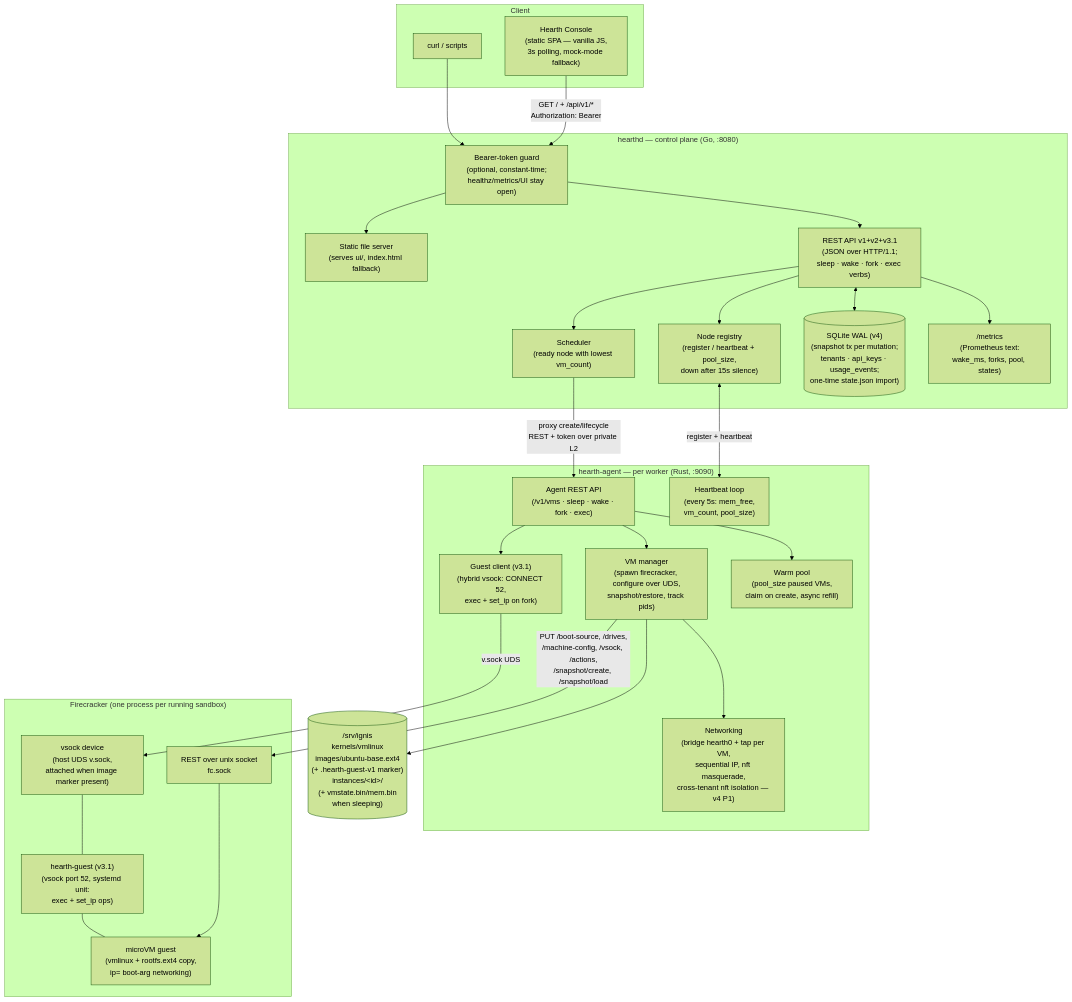
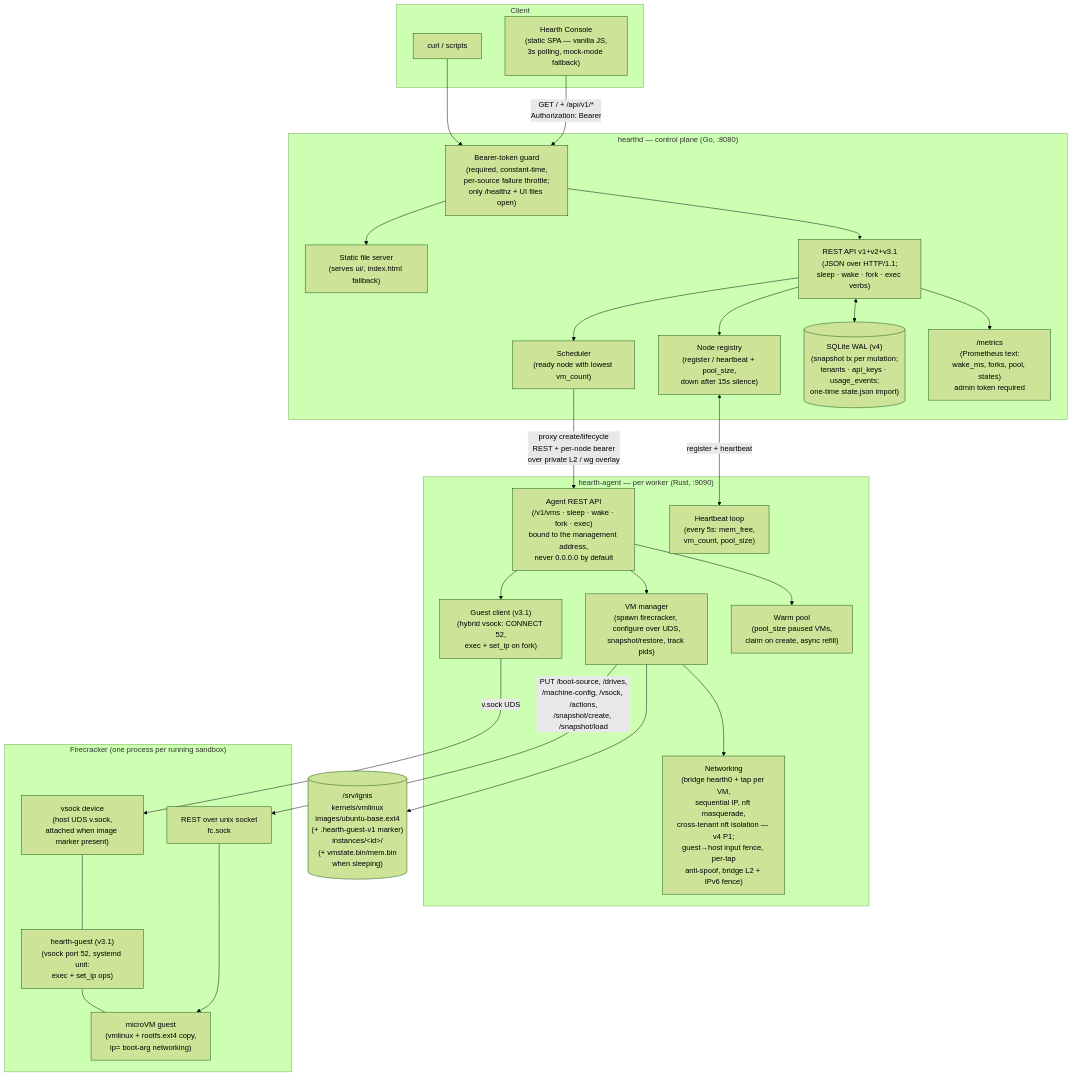
One commit to Sodoko-dev/felucca changed the first of 11 diagrams in docs/ARCHITECTURE.md. Above: the diagram before and after it, drawn with Mermaid (forest theme). The commit also changed other lines of this file and 109 other files, not shown here.

````diff
--- a/docs/ARCHITECTURE.md
+++ b/docs/ARCHITECTURE.md
@@ -27,56 +27,56 @@
 ```mermaid
 flowchart TB
     subgraph client["Client"]
         UI["Hearth Console<br/>(static SPA — vanilla JS,<br/>3s polling, mock-mode fallback)"]
         CLI["curl / scripts"]
     end
 
     subgraph hearthd["hearthd — control plane (Go, :8080)"]
-        AUTH["Bearer-token guard<br/>(optional, constant-time;<br/>healthz/metrics/UI stay open)"]
+        AUTH["Bearer-token guard<br/>(required, constant-time,<br/>per-source failure throttle;<br/>only /healthz + UI files open)"]
         STATIC["Static file server<br/>(serves ui/, index.html fallback)"]
         API["REST API v1+v2+v3.1<br/>(JSON over HTTP/1.1;<br/>sleep · wake · fork · exec verbs)"]
         SCHED["Scheduler<br/>(ready node with lowest vm_count)"]
         REG["Node registry<br/>(register / heartbeat + pool_size,<br/>down after 15s silence)"]
         STATE[("SQLite WAL (v4)<br/>(snapshot tx per mutation;<br/>tenants · api_keys · usage_events;<br/>one-time state.json import)")]
-        METRICS["/metrics<br/>(Prometheus text:<br/>wake_ms, forks, pool, states)"]
+        METRICS["/metrics<br/>(Prometheus text:<br/>wake_ms, forks, pool, states)<br/>admin token required"]
     end
 
     subgraph agent["hearth-agent — per worker (Rust, :9090)"]
-        AAPI["Agent REST API<br/>(/v1/vms · sleep · wake · fork · exec)"]
+        AAPI["Agent REST API<br/>(/v1/vms · sleep · wake · fork · exec)<br/>bound to the management address,<br/>never 0.0.0.0 by default"]
         VMM["VM manager<br/>(spawn firecracker, configure over UDS,<br/>snapshot/restore, track pids)"]
         GC["Guest client (v3.1)<br/>(hybrid vsock: CONNECT 52,<br/>exec + set_ip on fork)"]
         POOL["Warm pool<br/>(pool_size paused VMs,<br/>claim on create, async refill)"]
-        NET["Networking<br/>(bridge hearth0 + tap per VM,<br/>sequential IP, nft masquerade,<br/>cross-tenant nft isolation — v4 P1)"]
+        NET["Networking<br/>(bridge hearth0 + tap per VM,<br/>sequential IP, nft masquerade,<br/>cross-tenant nft isolation — v4 P1;<br/>guest→host input fence, per-tap<br/>anti-spoof, bridge L2 + IPv6 fence)"]
         HB["Heartbeat loop<br/>(every 5s: mem_free,<br/>vm_count, pool_size)"]
     end
 
     subgraph fc["Firecracker (one process per running sandbox)"]
         FCAPI["REST over unix socket<br/>fc.sock"]
         VSOCK["vsock device<br/>(host UDS v.sock,<br/>attached when image marker present)"]
         UVM["microVM guest<br/>(vmlinux + rootfs.ext4 copy,<br/>ip= boot-arg networking)"]
         HG["hearth-guest (v3.1)<br/>(vsock port 52, systemd unit:<br/>exec + set_ip ops)"]
     end
 
     ASSETS[("/srv/ignis<br/>kernels/vmlinux<br/>images/ubuntu-base.ext4<br/>(+ .hearth-guest-v1 marker)<br/>instances/&lt;id&gt;/<br/>(+ vmstate.bin/mem.bin<br/>when sleeping)")]
 
     UI -->|"GET /  +  /api/v1/*<br/>Authorization: Bearer"| AUTH
     CLI --> AUTH
     AUTH --> STATIC
     AUTH --> API
     API --> SCHED
     API --> REG
     API --> METRICS
-    SCHED -->|"proxy create/lifecycle<br/>REST + token over private L2"| AAPI
+    SCHED -->|"proxy create/lifecycle<br/>REST + per-node bearer<br/>over private L2 / wg overlay"| AAPI
     REG <--> |"register + heartbeat"| HB
     API <--> STATE
     AAPI --> VMM
     AAPI --> POOL
     AAPI --> GC
     VMM --> NET
     VMM -->|"PUT /boot-source, /drives,<br/>/machine-config, /vsock, /actions,<br/>/snapshot/create, /snapshot/load"| FCAPI
     FCAPI --> UVM
     GC -->|"v.sock UDS"| VSOCK
     VSOCK --- HG
     HG --- UVM
     VMM --> ASSETS
 ```
````
